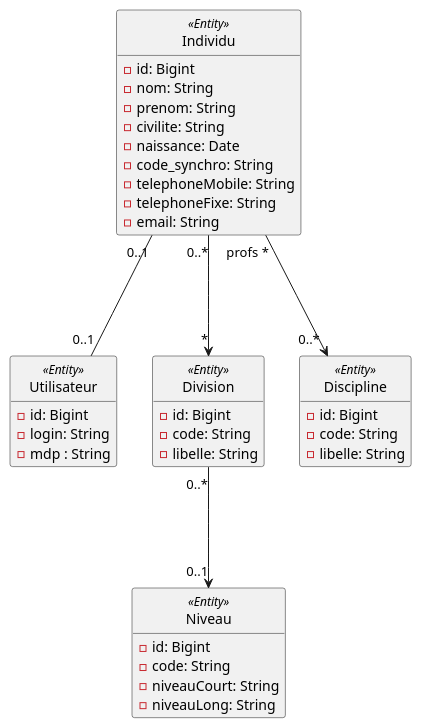
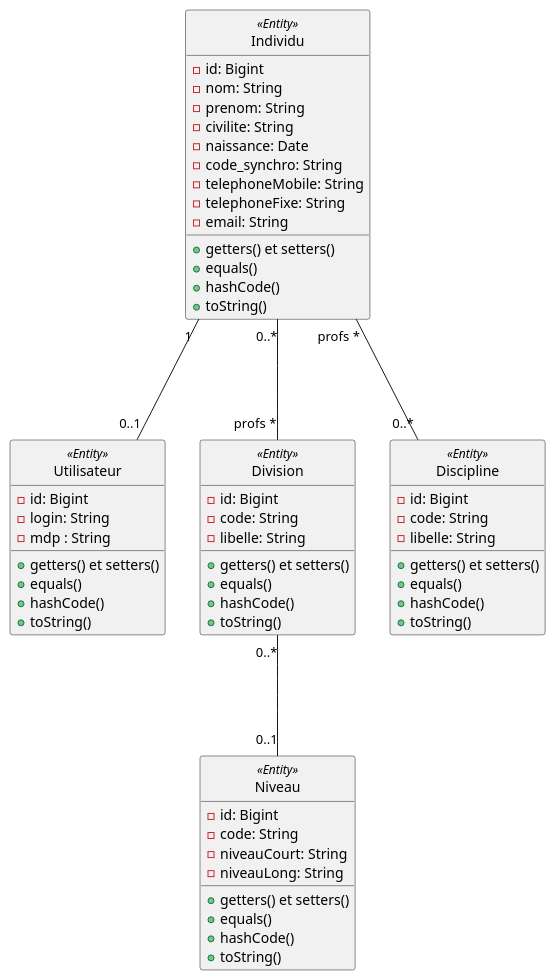
One commit to frederic-v/gestages changed the diagram in src/main/docs/base_pfmp.puml. Above: the diagram before and after it, drawn with PlantUML. The commit also changed other lines of this file and 7 other files, not shown here.

```diff
--- a/src/main/docs/base_pfmp.puml
+++ b/src/main/docs/base_pfmp.puml
@@ -1,68 +1,65 @@
 @startuml
 
 class Individu << Entity >> {
   - id: Bigint
   - nom: String
   - prenom: String
   - civilite: String
   - naissance: Date
   - code_synchro: String
   - telephoneMobile: String
   - telephoneFixe: String
   - email: String
   + getters() et setters()
   + equals()
   + hashCode()
   + toString()
 }
 
 class Utilisateur << Entity >> {
    -id: Bigint
    -login: String
    -mdp : String
    + getters() et setters()
    + equals()
    + hashCode()
    + toString()
 }
 
 class Division << Entity >> {
    - id: Bigint
    - code: String
    - libelle: String
    + getters() et setters()
    + equals()
    + hashCode()
    + toString()
 }
 
 class Niveau << Entity >> {
    - id: Bigint
    - code: String
    - niveauCourt: String
    - niveauLong: String
    + getters() et setters()
    + equals()
    + hashCode()
    + toString()
 }
 
 class Discipline << Entity >> {
    - id: Bigint
    - code: String
    - libelle: String
    + getters() et setters()
    + equals()
    + hashCode()
    + toString()
 }
 
 hide circle
-hide methods
-Individu "0..*" ---> "*" Division
-Individu " profs *" ---> "0..* " Discipline
-Division "0..*" ---> "0..1" Niveau
-Individu "0..1" --- "0..1" Utilisateur
-
-
+Individu "0..*" --- "profs *" Division
+Individu " profs *" --- "0..*" Discipline
+Division "0..*" --- "0..1" Niveau
+Individu "1 " --- "0..1" Utilisateur
 @enduml
```
